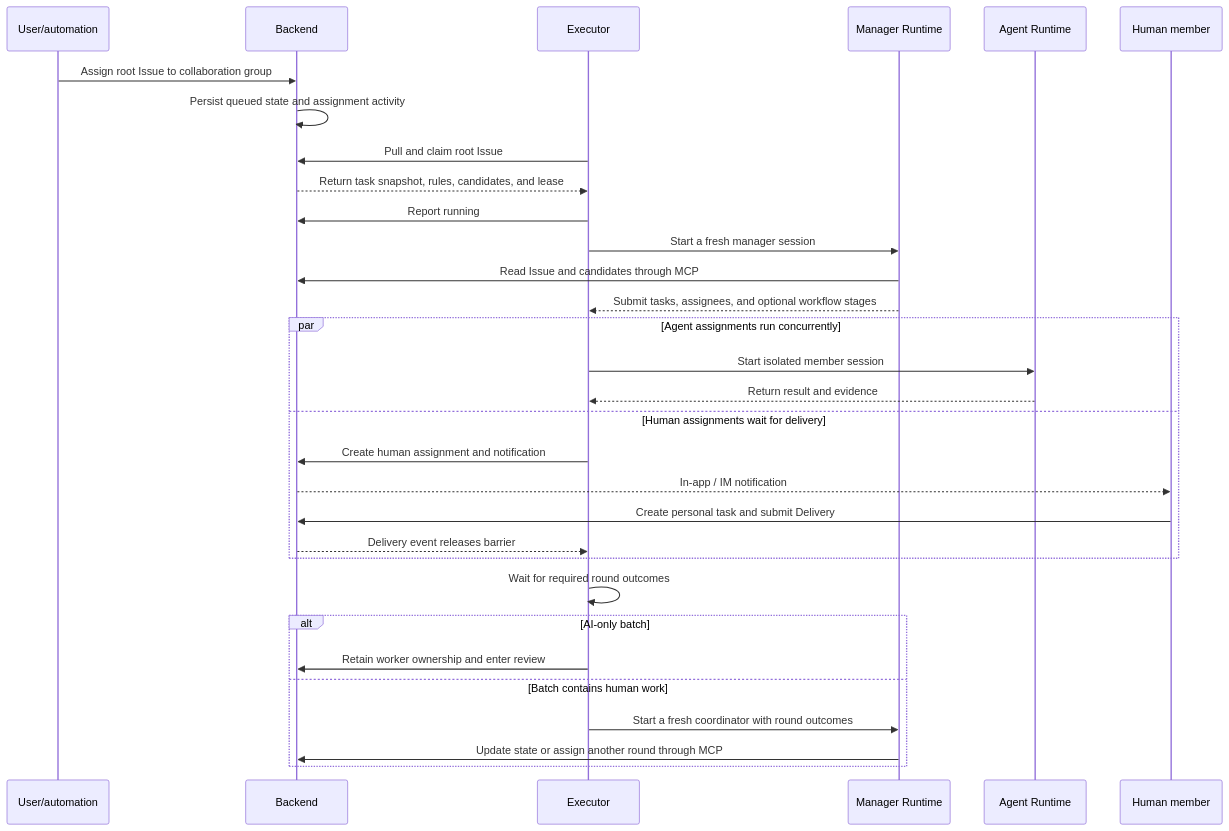
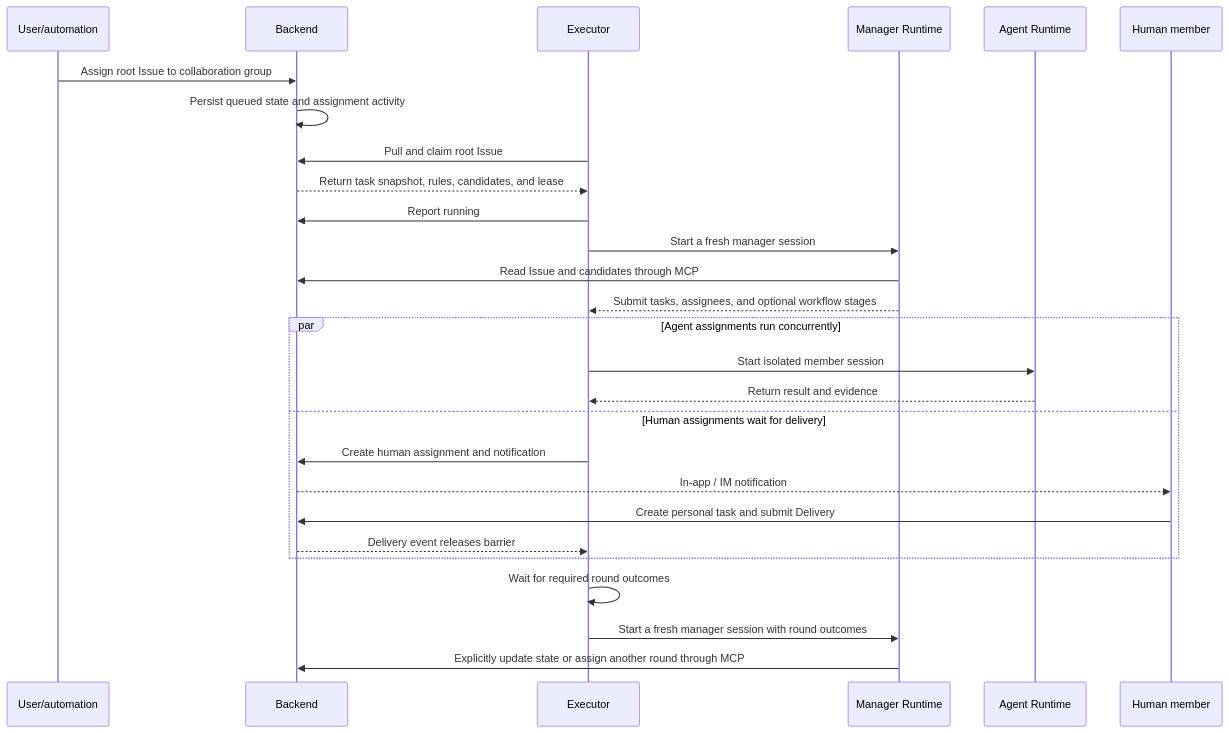
One commit to wecode-ai/Wegent changed the second of 4 diagrams in docs/en/wegent/developer-guide/cloud-project-collaboration.md. Above: the diagram before and after it, drawn with Mermaid. The commit also changed other lines of this file and 12 other files, not shown here.

````diff
--- a/docs/en/wegent/developer-guide/cloud-project-collaboration.md
+++ b/docs/en/wegent/developer-guide/cloud-project-collaboration.md
@@ -165,34 +164,30 @@
 ```mermaid
 sequenceDiagram
     participant U as User/automation
     participant B as Backend
     participant E as Executor
     participant M as Manager Runtime
     participant A as Agent Runtime
     participant H as Human member
 
     U->>B: Assign root Issue to collaboration group
     B->>B: Persist queued state and assignment activity
     E->>B: Pull and claim root Issue
     B-->>E: Return task snapshot, rules, candidates, and lease
     E->>B: Report running
     E->>M: Start a fresh manager session
     M->>B: Read Issue and candidates through MCP
     M-->>E: Submit tasks, assignees, and optional workflow stages
     par Agent assignments run concurrently
         E->>A: Start isolated member session
         A-->>E: Return result and evidence
     and Human assignments wait for delivery
         E->>B: Create human assignment and notification
         B-->>H: In-app / IM notification
         H->>B: Create personal task and submit Delivery
         B-->>E: Delivery event releases barrier
     end
     E->>E: Wait for required round outcomes
-    alt AI-only batch
-        E->>B: Retain worker ownership and enter review
-    else Batch contains human work
-        E->>M: Start a fresh coordinator with round outcomes
-        M->>B: Update state or assign another round through MCP
-    end
+    E->>M: Start a fresh manager session with round outcomes
+    M->>B: Explicitly update state or assign another round through MCP
 ```
````
